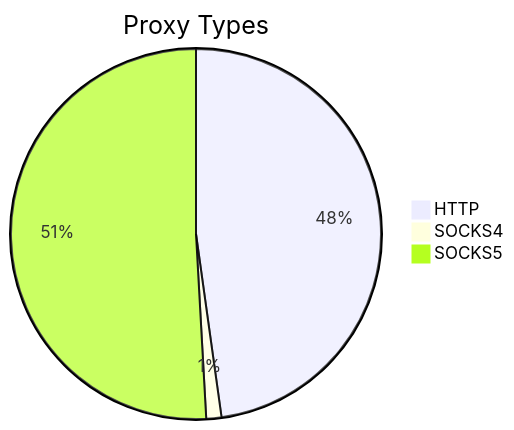
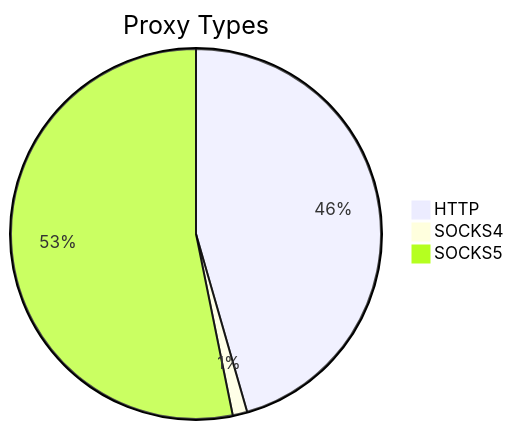
One commit to stormsia/proxy-list changed the first of 2 diagrams in README.md. Above: the diagram before and after it, drawn with Mermaid. The commit also changed other lines of this file, not shown here.

````diff
--- a/README.md
+++ b/README.md
@@ -21,6 +21,6 @@
 ```mermaid
 pie title Proxy Types
-    "HTTP" : 325
+    "HTTP" : 322
     "SOCKS4" : 9
-    "SOCKS5" : 346
+    "SOCKS5" : 376
 ```
````
